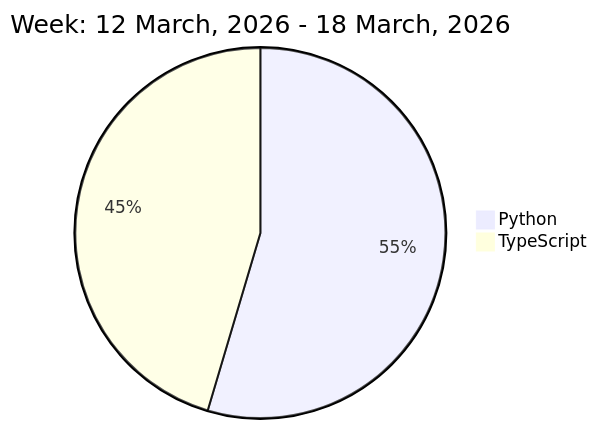
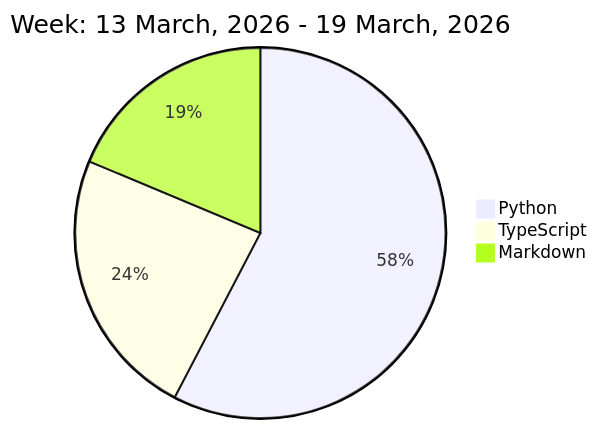
Before and after one commit to liubin95/liubin95: the diagram in README.md, drawn with Mermaid.

Commit message:
Updated the Graph with new Metrics

````diff
--- a/README.md
+++ b/README.md
@@ -32,6 +32,7 @@
 ```mermaid
  pie
-title Week: 12 March, 2026 - 18 March, 2026
- "Python" : 5.53
- "TypeScript" : 4.6
+title Week: 13 March, 2026 - 19 March, 2026
+ "Python" : 8.48
+ "TypeScript" : 3.48
+ "Markdown" : 2.75
 ```
````
